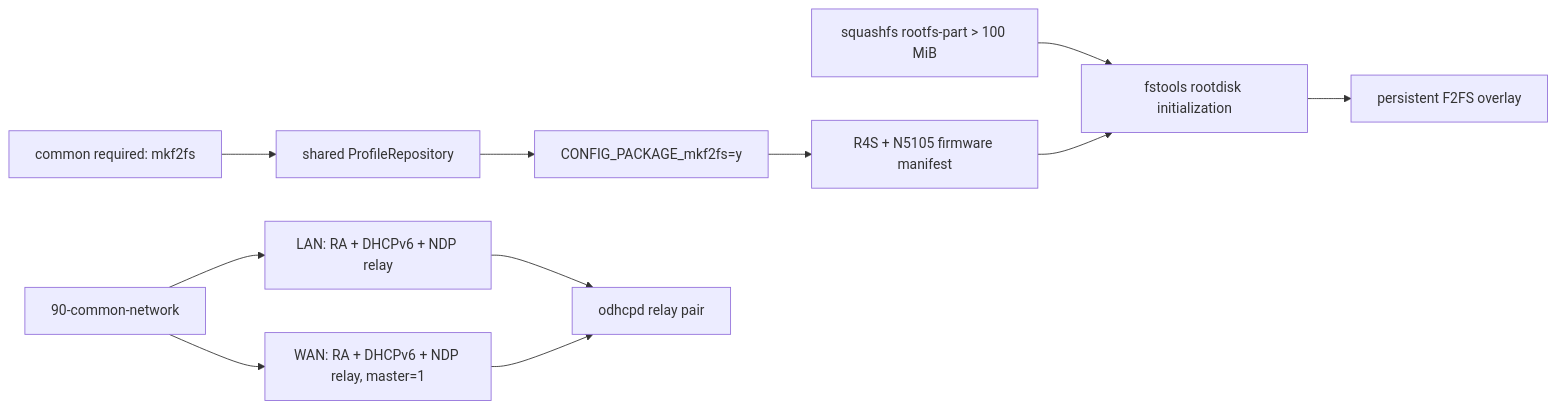
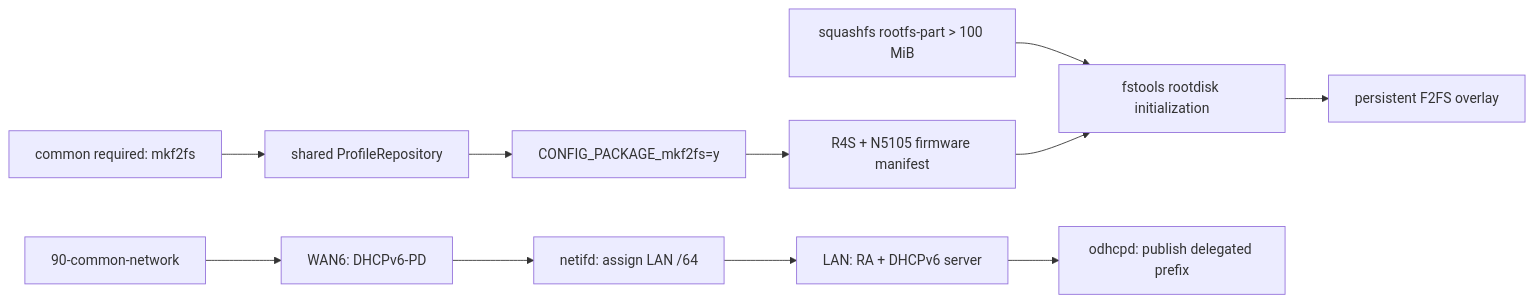
The third of 3 diagrams in docs/build-architecture.md (Suysker/Actions-OpenWrt), drawn with Mermaid before and after one commit. The commit also changed other lines of this file and 15 other files, not shown here.

````diff
--- a/docs/build-architecture.md
+++ b/docs/build-architecture.md
@@ -806,14 +809,14 @@
 ```mermaid
 flowchart LR
     SIZE["squashfs rootfs-part > 100 MiB"] --> FST["fstools rootdisk initialization"]
     REQ["common required: mkf2fs"] --> RENDER["shared ProfileRepository"]
     RENDER --> CONFIG["CONFIG_PACKAGE_mkf2fs=y"]
     CONFIG --> IMAGE["R4S + N5105 firmware manifest"]
     IMAGE --> FST
     FST --> PERSIST["persistent F2FS overlay"]
 
-    NET["90-common-network"] --> LAN["LAN: RA + DHCPv6 + NDP relay"]
-    NET --> WAN["WAN: RA + DHCPv6 + NDP relay, master=1"]
-    LAN --> ODHCPD["odhcpd relay pair"]
-    WAN --> ODHCPD
+    NET["90-common-network"] --> WAN["WAN6: DHCPv6-PD"]
+    WAN --> NETIFD["netifd: assign LAN /64"]
+    NETIFD --> LAN["LAN: RA + DHCPv6 server"]
+    LAN --> ODHCPD["odhcpd: publish delegated prefix"]
 ```
````
